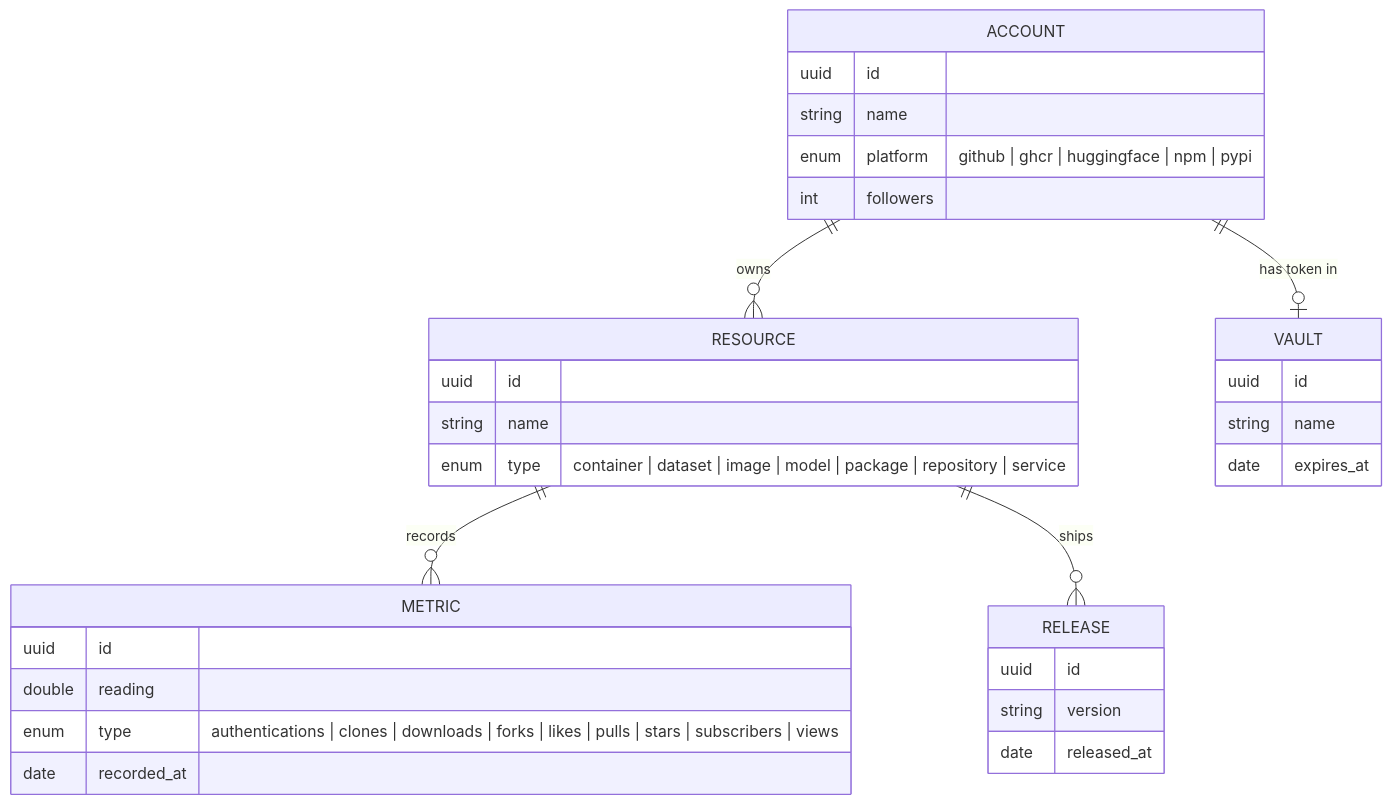
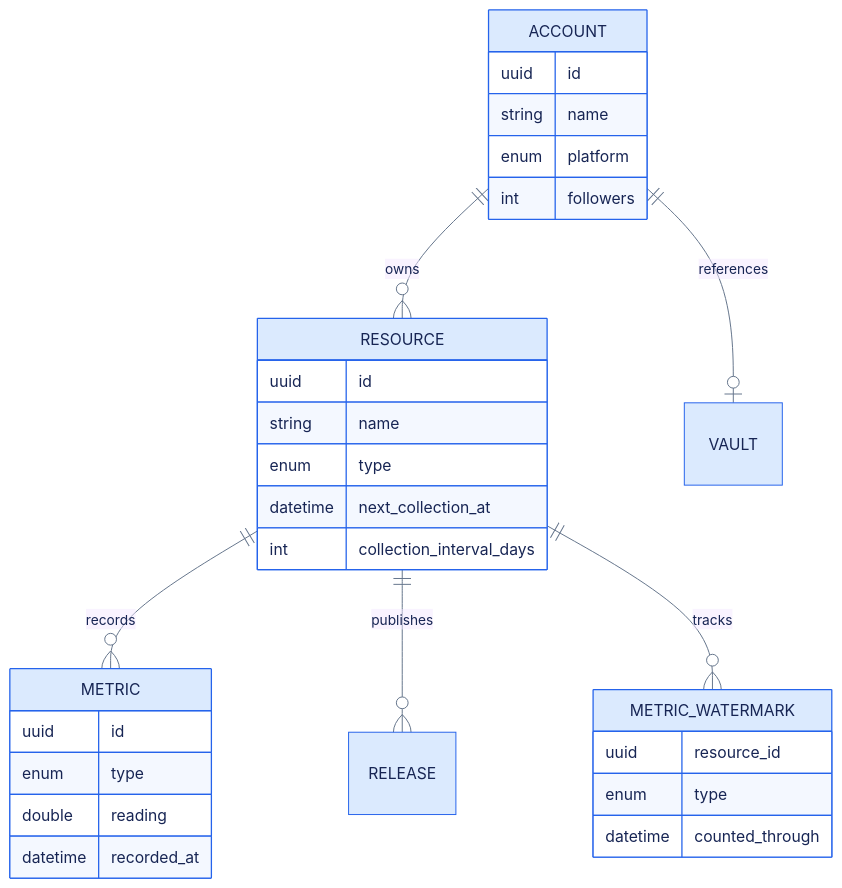
Before and after one commit to ICICLE-ai/icicle-insights: the second of 2 diagrams in README.md, drawn with Mermaid. The commit also changed other lines of this file and 46 other files, not shown here.

````diff
--- a/README.md
+++ b/README.md
@@ -105,35 +232,34 @@
 ```mermaid
+%%{init: {"theme":"base","themeVariables":{"primaryColor":"#DBEAFE","primaryTextColor":"#172554","primaryBorderColor":"#2563EB","secondaryColor":"#DCFCE7","secondaryTextColor":"#14532D","secondaryBorderColor":"#16A34A","tertiaryColor":"#F3E8FF","tertiaryTextColor":"#581C87","tertiaryBorderColor":"#9333EA","lineColor":"#64748B","noteBkgColor":"#FEF3C7","noteTextColor":"#78350F","actorBkg":"#E0E7FF","actorBorder":"#4F46E5","actorTextColor":"#1E1B4B","signalColor":"#475569","signalTextColor":"#334155"}}}%%
 erDiagram
     ACCOUNT ||--o{ RESOURCE : owns
-    ACCOUNT ||--o| VAULT : "has token in"
+    ACCOUNT ||--o| VAULT : references
     RESOURCE ||--o{ METRIC : records
-    RESOURCE ||--o{ RELEASE : ships
+    RESOURCE ||--o{ RELEASE : publishes
+    RESOURCE ||--o{ METRIC_WATERMARK : tracks
 
     ACCOUNT {
-        uuid   id
+        uuid id
         string name
-        enum   platform "github | ghcr | huggingface | npm | pypi"
-        int    followers
+        enum platform
+        int followers
     }
     RESOURCE {
-        uuid   id
+        uuid id
         string name
-        enum   type "container | dataset | image | model | package | repository | service"
+        enum type
+        datetime next_collection_at
+        int collection_interval_days
     }
     METRIC {
-        uuid   id
+        uuid id
+        enum type
         double reading
-        enum   type "authentications | clones | downloads | forks | likes | pulls | stars | subscribers | views"
-        date   recorded_at
+        datetime recorded_at
     }
-    RELEASE {
-        uuid   id
-        string version
-        date   released_at
-    }
-    VAULT {
-        uuid   id
-        string name
-        date   expires_at
+    METRIC_WATERMARK {
+        uuid resource_id
+        enum type
+        datetime counted_through
     }
 ```
````
